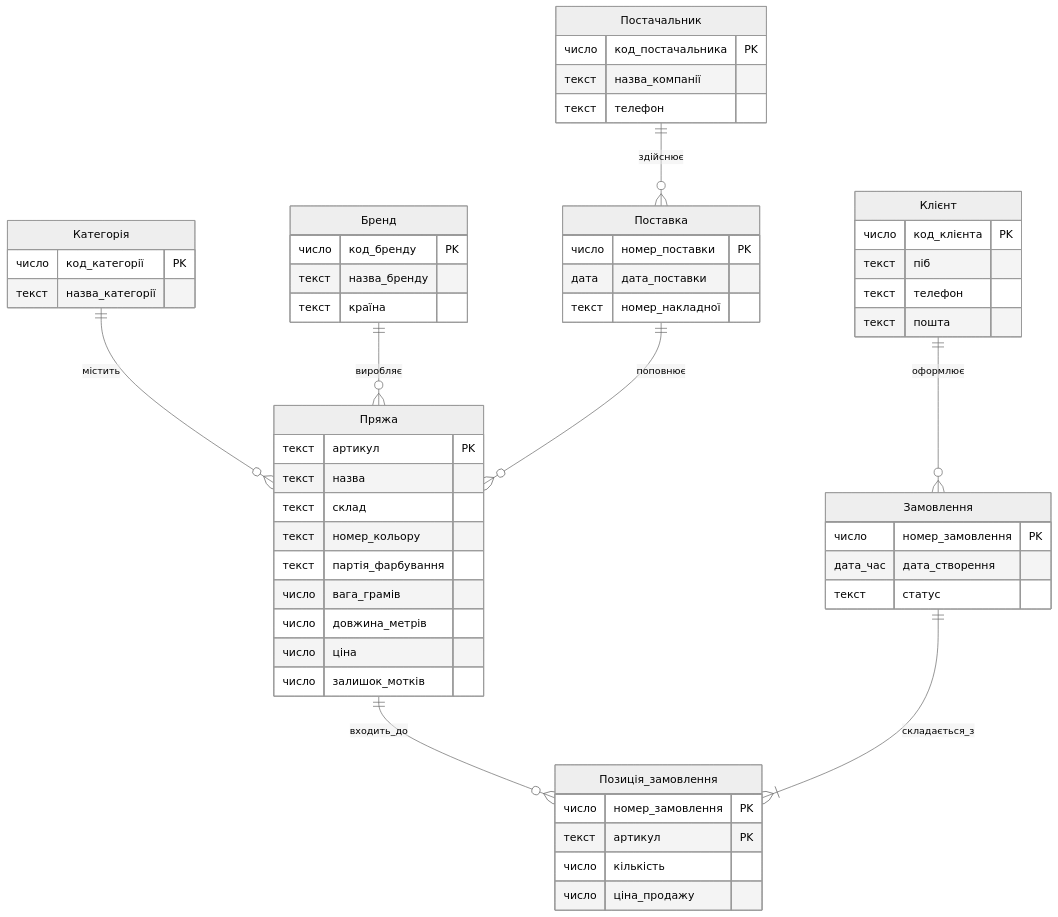
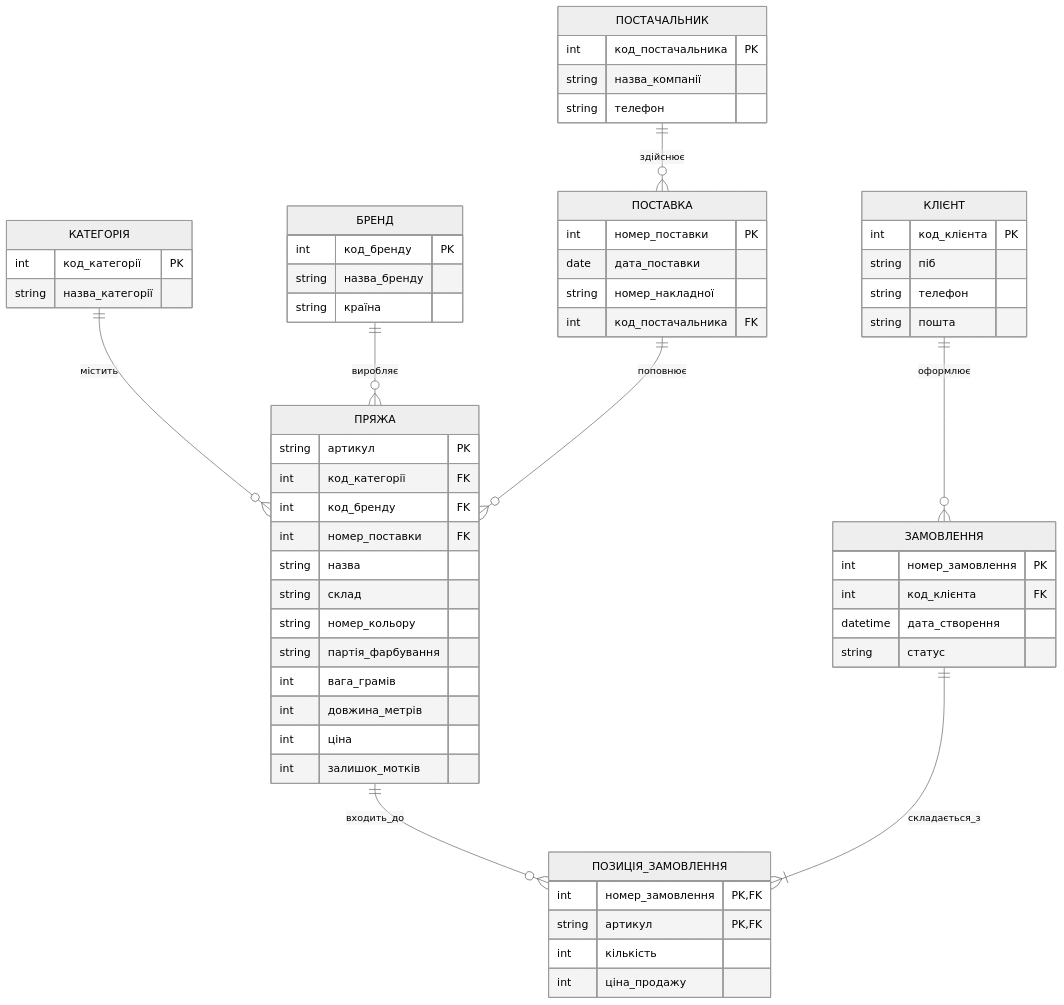
Before and after one commit to katerynakoles/obdz: the first of 2 diagrams in lab-01/README.md, drawn with Mermaid (neutral theme).

````diff
--- a/lab-01/README.md
+++ b/lab-01/README.md
@@ -51,58 +51,63 @@
 ```mermaid
  erDiagram
-    Категорія ||--o{ Пряжа : "містить" 
-    Бренд ||--o{ Пряжа : "виробляє" 
-    Пряжа ||--o{ Позиція_замовлення : "входить_до" 
-    Замовлення ||--|{ Позиція_замовлення : "складається_з" 
-    Клієнт ||--o{ Замовлення : "оформлює" 
-    Постачальник ||--o{ Поставка : "здійснює" 
-    Поставка ||--o{ Пряжа : "поповнює"
+    КАТЕГОРІЯ ||--o{ ПРЯЖА : "містить"
+    БРЕНД ||--o{ ПРЯЖА : "виробляє"
+    ПРЯЖА ||--o{ ПОЗИЦІЯ_ЗАМОВЛЕННЯ : "входить_до"
+    ЗАМОВЛЕННЯ ||--|{ ПОЗИЦІЯ_ЗАМОВЛЕННЯ : "складається_з"
+    КЛІЄНТ ||--o{ ЗАМОВЛЕННЯ : "оформлює"
+    ПОСТАЧАЛЬНИК ||--o{ ПОСТАВКА : "здійснює"
+    ПОСТАВКА ||--o{ ПРЯЖА : "поповнює"
 
-    Категорія {
-        число код_категорії PK
-        текст назва_категорії
+    КАТЕГОРІЯ {
+        int код_категорії PK
+        string назва_категорії
     }
-    Бренд {
-        число код_бренду PK
-        текст назва_бренду
-        текст країна
+    БРЕНД {
+        int код_бренду PK
+        string назва_бренду
+        string країна
     }
-    Постачальник {
-        число код_постачальника PK
-        текст назва_компанії
-        текст телефон
+    ПОСТАЧАЛЬНИК {
+        int код_постачальника PK
+        string назва_компанії
+        string телефон
     }
-    Поставка {
-        число номер_поставки PK
-        дата дата_поставки
-        текст номер_накладної
+    ПОСТАВКА {
+        int номер_поставки PK
+        date дата_поставки
+        string номер_накладної
+        int код_постачальника FK
     }
-    Пряжа {
-        текст артикул PK
-        текст назва
-        текст склад
-        текст номер_кольору
-        текст партія_фарбування
-        число вага_грамів
-        число довжина_метрів
-        число ціна
-        число залишок_мотків
+    ПРЯЖА {
+        string артикул PK
+        int код_категорії FK
+        int код_бренду FK
+        int номер_поставки FK
+        string назва
+        string склад
+        string номер_кольору
+        string партія_фарбування
+        int вага_грамів
+        int довжина_метрів
+        int ціна
+        int залишок_мотків
     }
-    Клієнт {
-        число код_клієнта PK
-        текст піб
-        текст телефон
-        текст пошта
+    КЛІЄНТ {
+        int код_клієнта PK
+        string піб
+        string телефон
+        string пошта
     }
-    Замовлення {
-        число номер_замовлення PK
-        дата_час дата_створення
-        текст статус
+    ЗАМОВЛЕННЯ {
+        int номер_замовлення PK
+        int код_клієнта FK
+        datetime дата_створення
+        string статус
     }
-    Позиція_замовлення {
-        число номер_замовлення PK
-        текст артикул PK
-        число кількість
-        число ціна_продажу
+    ПОЗИЦІЯ_ЗАМОВЛЕННЯ {
+        int номер_замовлення PK, FK
+        string артикул PK, FK
+        int кількість
+        int ціна_продажу
     }
 ```
````
